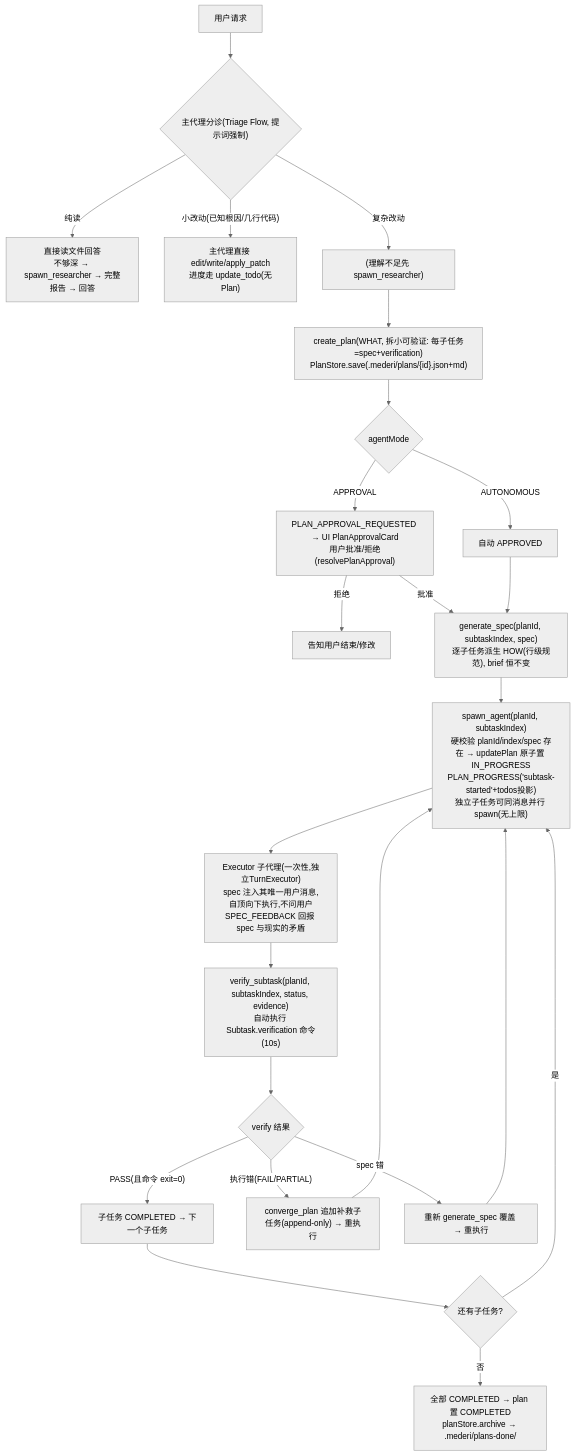
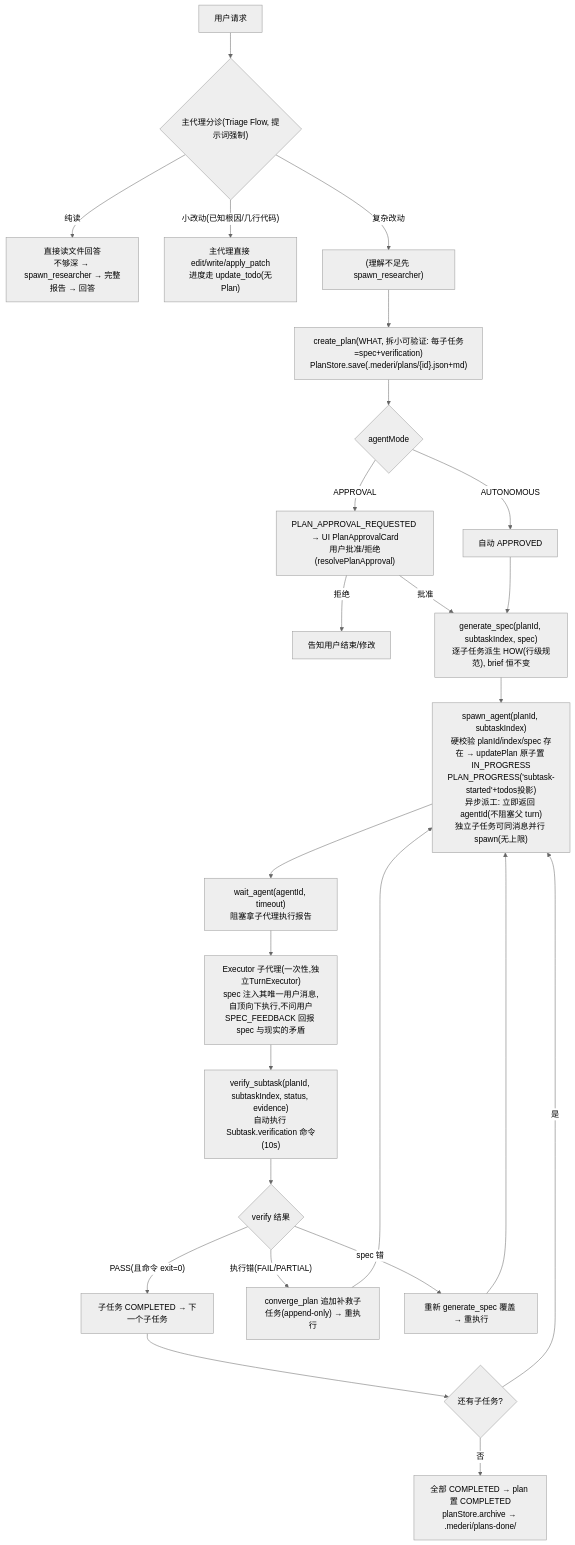
The fourth of 16 diagrams in mederi/docs/architecture/04-flows.md (lzdev42/mederi), drawn with Mermaid (neutral theme) before and after one commit. The commit also changed other lines of this file and 64 other files, not shown here.

````diff
--- a/mederi/docs/architecture/04-flows.md
+++ b/mederi/docs/architecture/04-flows.md
@@ -121,25 +121,26 @@
 ```mermaid
 flowchart TD
     U["用户请求"] --> T{"主代理分诊(Triage Flow, 提示词强制)"}
     T -- "纯读" --> R1["直接读文件回答<br/>不够深 → spawn_researcher → 完整报告 → 回答"]
     T -- "小改动(已知根因/几行代码)" --> R2["主代理直接 edit/write/apply_patch<br/>进度走 update_todo(无Plan)"]
     T -- "复杂改动" --> RES["(理解不足先 spawn_researcher)"]
     RES --> CP["create_plan(WHAT, 拆小可验证: 每子任务=spec+verification)<br/>PlanStore.save(.mederi/plans/{id}.json+md)"]
     CP --> MODE{"agentMode"}
     MODE -- "AUTONOMOUS" --> AUTO["自动 APPROVED"]
     MODE -- "APPROVAL" --> WAIT["PLAN_APPROVAL_REQUESTED → UI PlanApprovalCard<br/>用户批准/拒绝(resolvePlanApproval)"]
     WAIT -- "拒绝" --> REJ["告知用户结束/修改"]
     WAIT -- "批准" --> GEN
     AUTO --> GEN["generate_spec(planId, subtaskIndex, spec)<br/>逐子任务派生 HOW(行级规范), brief 恒不变"]
-    GEN --> SPAWN["spawn_agent(planId, subtaskIndex)<br/>硬校验 planId/index/spec 存在 → updatePlan 原子置 IN_PROGRESS<br/>PLAN_PROGRESS('subtask-started'+todos投影)<br/>独立子任务可同消息并行 spawn(无上限)"]
-    SPAWN --> SUB["Executor 子代理(一次性,独立TurnExecutor)<br/>spec 注入其唯一用户消息,自顶向下执行,不问用户<br/>SPEC_FEEDBACK 回报 spec 与现实的矛盾"]
+    GEN --> SPAWN["spawn_agent(planId, subtaskIndex)<br/>硬校验 planId/index/spec 存在 → updatePlan 原子置 IN_PROGRESS<br/>PLAN_PROGRESS('subtask-started'+todos投影)<br/>异步派工: 立即返回 agentId(不阻塞父 turn)<br/>独立子任务可同消息并行 spawn(无上限)"]
+    SPAWN --> WAITAG["wait_agent(agentId, timeout)<br/>阻塞拿子代理执行报告"]
+    WAITAG --> SUB["Executor 子代理(一次性,独立TurnExecutor)<br/>spec 注入其唯一用户消息,自顶向下执行,不问用户<br/>SPEC_FEEDBACK 回报 spec 与现实的矛盾"]
     SUB --> VER["verify_subtask(planId, subtaskIndex, status, evidence)<br/>自动执行 Subtask.verification 命令(10s)"]
     VER --> CHK{"verify 结果"}
     CHK -- "PASS(且命令 exit=0)" --> NEXT["子任务 COMPLETED → 下一个子任务"]
     CHK -- "执行错(FAIL/PARTIAL)" --> CONV["converge_plan 追加补救子任务(append-only) → 重执行"]
     CHK -- "spec 错" --> REGEN["重新 generate_spec 覆盖 → 重执行"]
     NEXT --> MORE{"还有子任务?"}
     MORE -- "是" --> SPAWN
     MORE -- "否" --> ARCH["全部 COMPLETED → plan 置 COMPLETED<br/>planStore.archive → .mederi/plans-done/"]
     CONV & REGEN --> SPAWN
 ```
````
